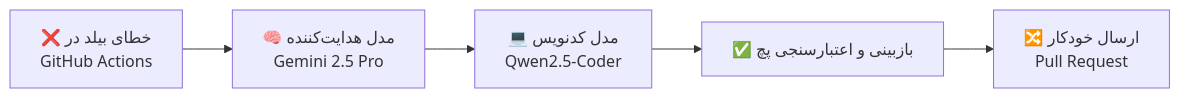
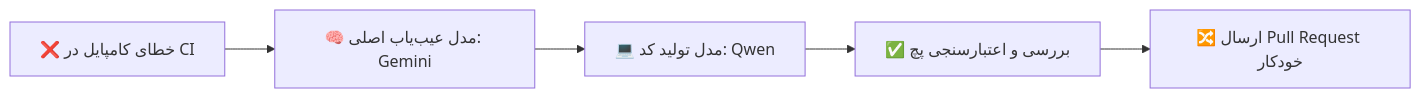
The diagram in README.fa.md (VoidOne-App/VoidOne), drawn with Mermaid before and after one commit. The commit also changed other lines of this file, not shown here.

````diff
--- a/README.fa.md
+++ b/README.fa.md
@@ -166,7 +185,7 @@
 ```mermaid
 flowchart LR
-    A[❌ خطای بیلد در<br/>GitHub Actions] --> B[🧠 مدل هدایت‌کننده<br/>Gemini 2.5 Pro]
-    B --> C[💻 مدل کدنویس<br/>Qwen2.5-Coder]
-    C --> D[✅ بازبینی و اعتبارسنجی پچ]
-    D --> E[🔀 ارسال خودکار<br/>Pull Request]
+    A[❌ خطای کامپایل در CI] --> B[🧠 مدل عیب‌یاب اصلی: Gemini]
+    B --> C[💻 مدل تولید کد: Qwen]
+    C --> D[✅ بررسی و اعتبارسنجی پچ]
+    D --> E[🔀 ارسال Pull Request خودکار]
 ```
````
